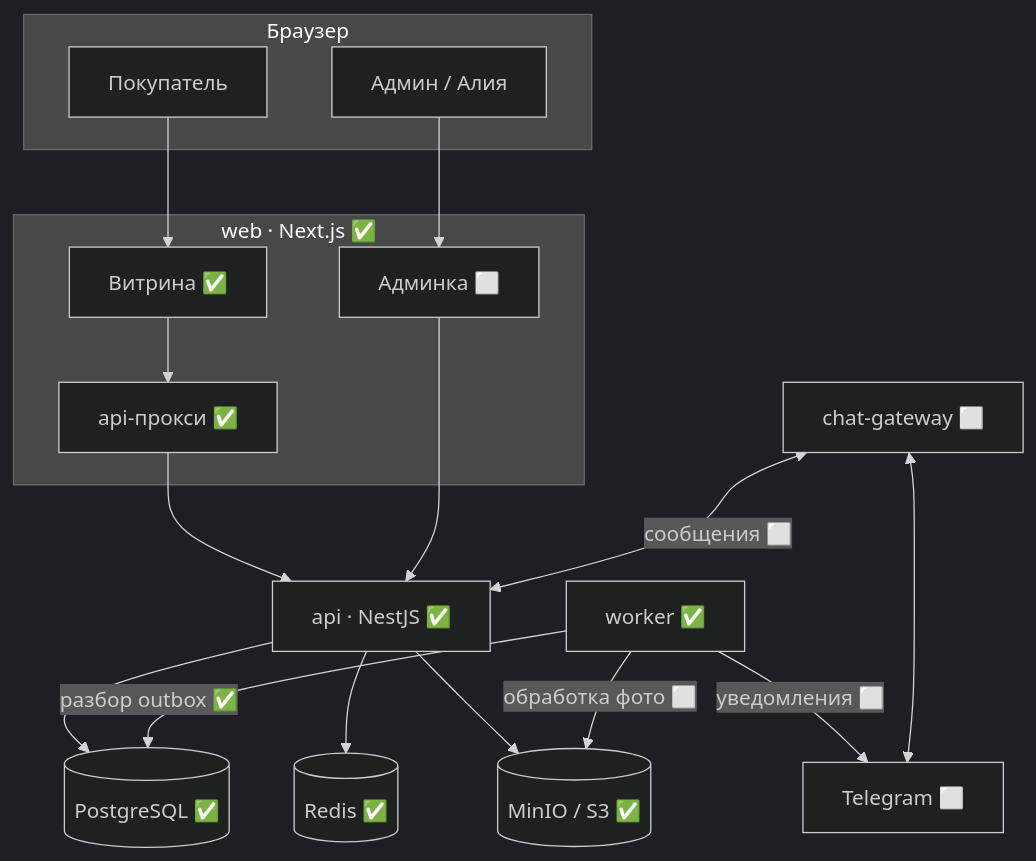
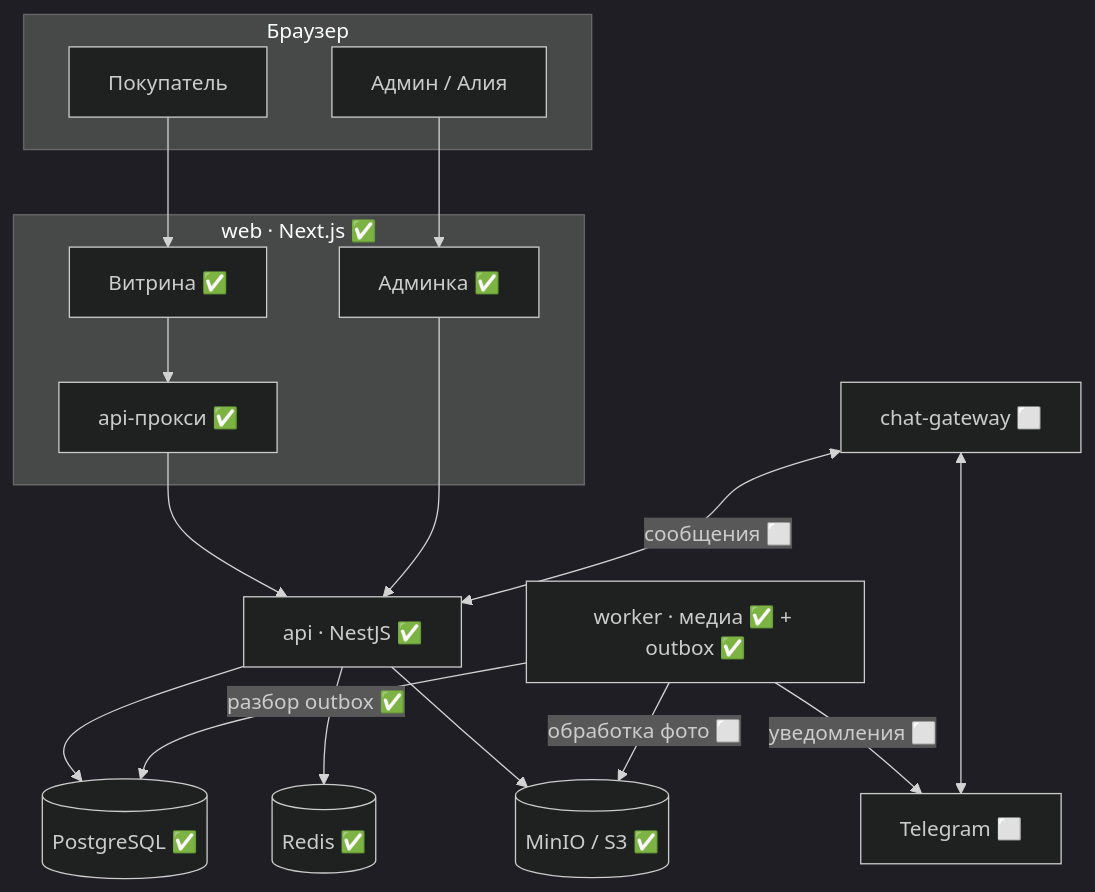
The first of 6 diagrams in docs/SYSTEM.md (ElamanBaiguanishev/artshop), drawn with Mermaid (dark theme) before and after one commit. The commit also changed other lines of this file and 21 other files, not shown here.

````diff
--- a/docs/SYSTEM.md
+++ b/docs/SYSTEM.md
@@ -12,37 +12,37 @@
 ```mermaid
 flowchart TB
     subgraph browser[Браузер]
         U[Покупатель]
         A[Админ / Алия]
     end
 
     subgraph web[web · Next.js ✅]
         SHOP[Витрина ✅]
-        ADMIN[Админка ⬜]
+        ADMIN[Админка ✅]
         PROXY[api-прокси ✅]
     end
 
     API[api · NestJS ✅]
-    WORKER[worker ✅]
+    WORKER[worker · медиа ✅ + outbox ✅]
     CG[chat-gateway ⬜]
 
     PG[(PostgreSQL ✅)]
     REDIS[(Redis ✅)]
     S3[(MinIO / S3 ✅)]
     TG[Telegram ⬜]
 
     U --> SHOP
     A --> ADMIN
     SHOP --> PROXY --> API
     ADMIN --> API
 
     API --> PG
     API --> REDIS
     API --> S3
 
     WORKER -->|разбор outbox ✅| PG
     WORKER -->|обработка фото ⬜| S3
     WORKER -->|уведомления ⬜| TG
     CG <-->|сообщения ⬜| API
     CG <--> TG
 ```
````
